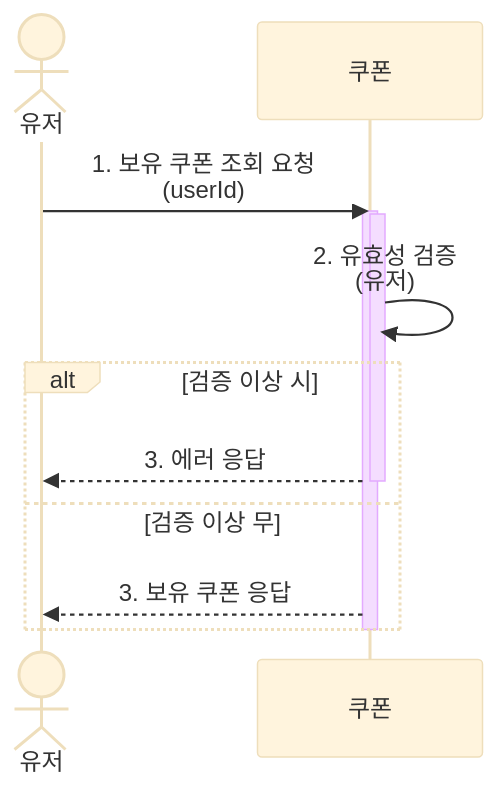
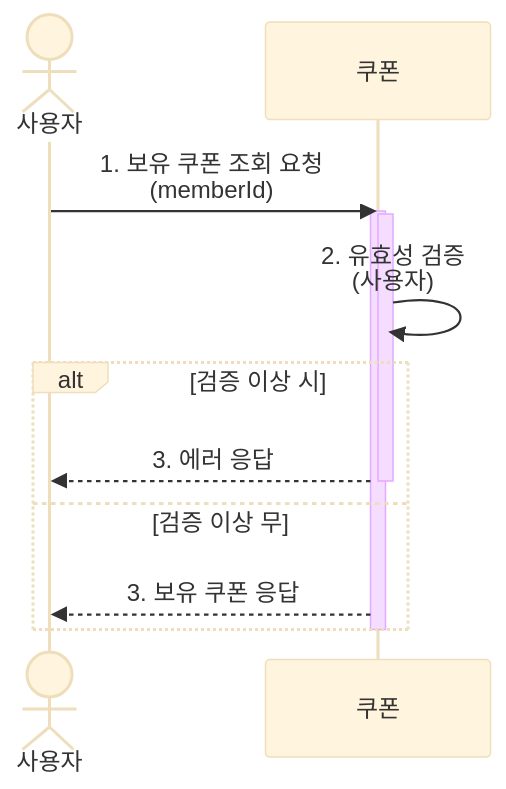
Before and after one commit to psyoongsc/hhplus-ts-server: diagram 12 of 15 in docs/sequence_diagram.md, drawn with Mermaid (base theme). The commit also changed other lines of this file, not shown here.

````diff
--- a/docs/sequence_diagram.md
+++ b/docs/sequence_diagram.md
@@ -238,21 +238,21 @@
         ```mermaid
         sequenceDiagram
-        	actor User as 유저
+        	actor User as 사용자
             participant Coupon as 쿠폰
         
-            User->>Coupon: 1. 보유 쿠폰 조회 요청<br/>(userId)
+            User->>Coupon: 1. 보유 쿠폰 조회 요청<br/>(memberId)
             Activate Coupon
         
             Activate Coupon
         
-            Coupon->>Coupon: 2. 유효성 검증<br/>(유저)
+            Coupon->>Coupon: 2. 유효성 검증<br/>(사용자)
             alt 검증 이상 시
                 Coupon-->>User: 3. 에러 응답
             Deactivate Coupon
         
             else 검증 이상 무
                 Coupon-->>User: 3. 보유 쿠폰 응답
         
             end
             Deactivate Coupon
         ```
````
